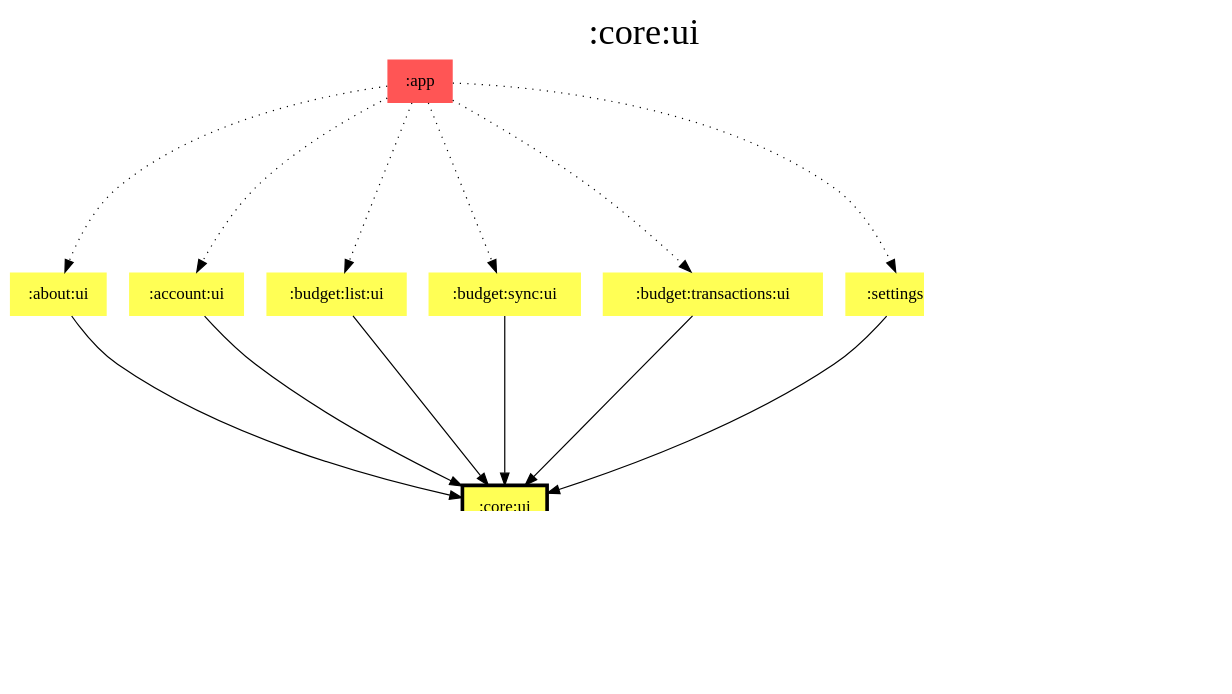
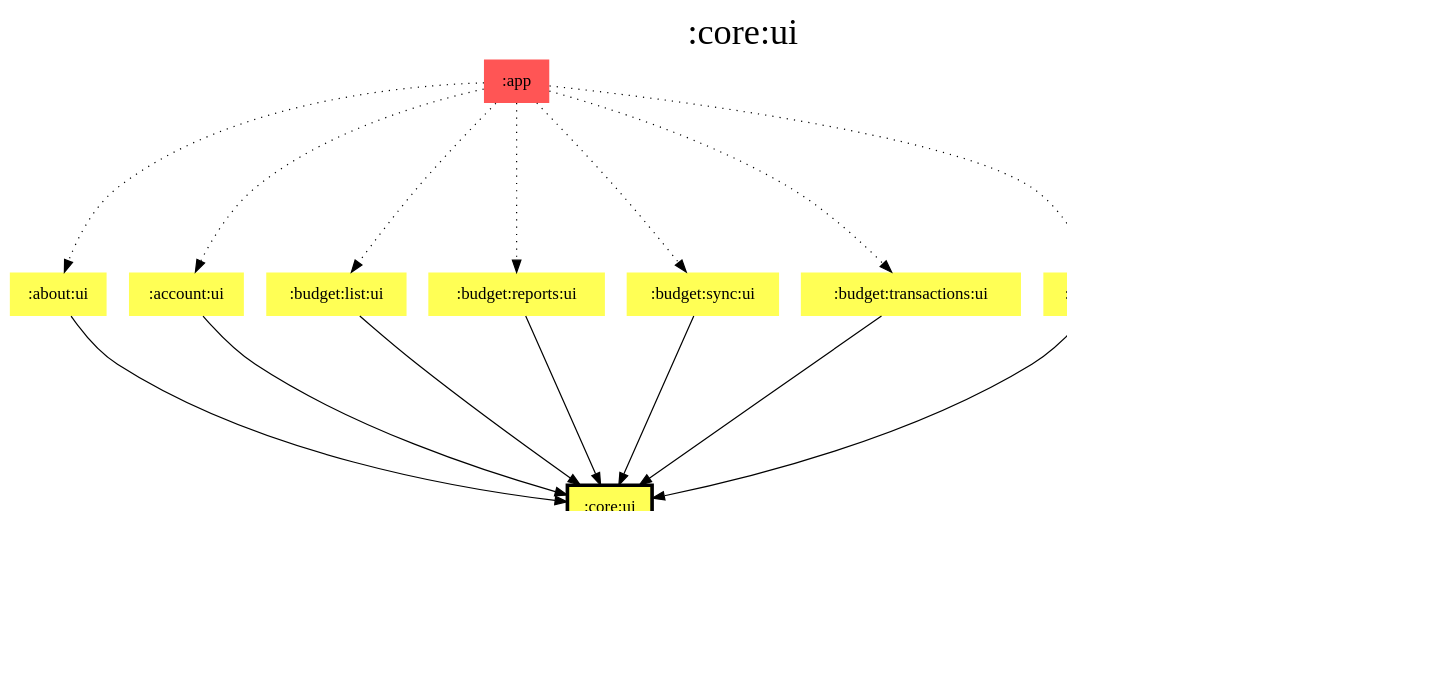
Before and after one commit to jonapoul/aktual: the diagram in modules/core/ui/modules.dot, drawn with Graphviz. The commit also changed 45 other files, not shown here.

```diff
--- a/modules/core/ui/modules.dot
+++ b/modules/core/ui/modules.dot
@@ -1,48 +1,51 @@
 digraph {
 edge ["dir"="forward"]
 graph ["dpi"="100","label"=":core:ui","labelloc"="t","fontsize"="30","ranksep"="1.5","rankdir"="TB"]
 node ["style"="filled"]
 ":about:ui" ["fillcolor"="#FFFF55","shape"="none"]
 ":account:ui" ["fillcolor"="#FFFF55","shape"="none"]
 ":app" ["fillcolor"="#FF5555","shape"="none"]
 ":budget:list:ui" ["fillcolor"="#FFFF55","shape"="none"]
+":budget:reports:ui" ["fillcolor"="#FFFF55","shape"="none"]
 ":budget:sync:ui" ["fillcolor"="#FFFF55","shape"="none"]
 ":budget:transactions:ui" ["fillcolor"="#FFFF55","shape"="none"]
 ":core:android" ["fillcolor"="#55FF55","shape"="none"]
 ":core:model" ["fillcolor"="#9D8DF1","shape"="none"]
 ":core:ui" ["fillcolor"="#FFFF55","color"="black","penwidth"="3","shape"="box"]
 ":l10n" ["fillcolor"="#9D8DF1","shape"="none"]
 ":settings:ui" ["fillcolor"="#FFFF55","shape"="none"]
 {
 edge ["dir"="none"]
 graph ["rank"="same"]
 ":core:ui"
 }
 ":about:ui" -> ":core:ui"
 ":account:ui" -> ":core:ui"
 ":app" -> ":about:ui" ["style"="dotted"]
 ":app" -> ":account:ui" ["style"="dotted"]
 ":app" -> ":budget:list:ui" ["style"="dotted"]
+":app" -> ":budget:reports:ui" ["style"="dotted"]
 ":app" -> ":budget:sync:ui" ["style"="dotted"]
 ":app" -> ":budget:transactions:ui" ["style"="dotted"]
 ":app" -> ":settings:ui" ["style"="dotted"]
 ":budget:list:ui" -> ":core:ui"
+":budget:reports:ui" -> ":core:ui"
 ":budget:sync:ui" -> ":core:ui"
 ":budget:transactions:ui" -> ":core:ui"
 ":core:ui" -> ":core:android" ["style"="dotted"]
 ":core:ui" -> ":core:model"
 ":core:ui" -> ":l10n" ["style"="dotted"]
 ":settings:ui" -> ":core:ui"
 subgraph "cluster_legend" {
 edge ["dir"="none"]
 graph ["label"="Legend","fontsize"="20"]
 "Legend" ["style"="filled","fillcolor"="#FFFFFF","shape"="none","margin"="0","fontsize"="15","label"=<
 <TABLE BORDER="0" CELLBORDER="0" CELLSPACING="0" CELLPADDING="4">
 <TR><TD>App</TD><TD BGCOLOR="#FF5555">module-name</TD></TR>
 <TR><TD>Compose</TD><TD BGCOLOR="#FFFF55">module-name</TD></TR>
 <TR><TD>Android</TD><TD BGCOLOR="#55FF55">module-name</TD></TR>
 <TR><TD>Multiplatform</TD><TD BGCOLOR="#9D8DF1">module-name</TD></TR>
 </TABLE>
 >]
 } -> ":core:ui" ["style"="invis"]
 }
```
